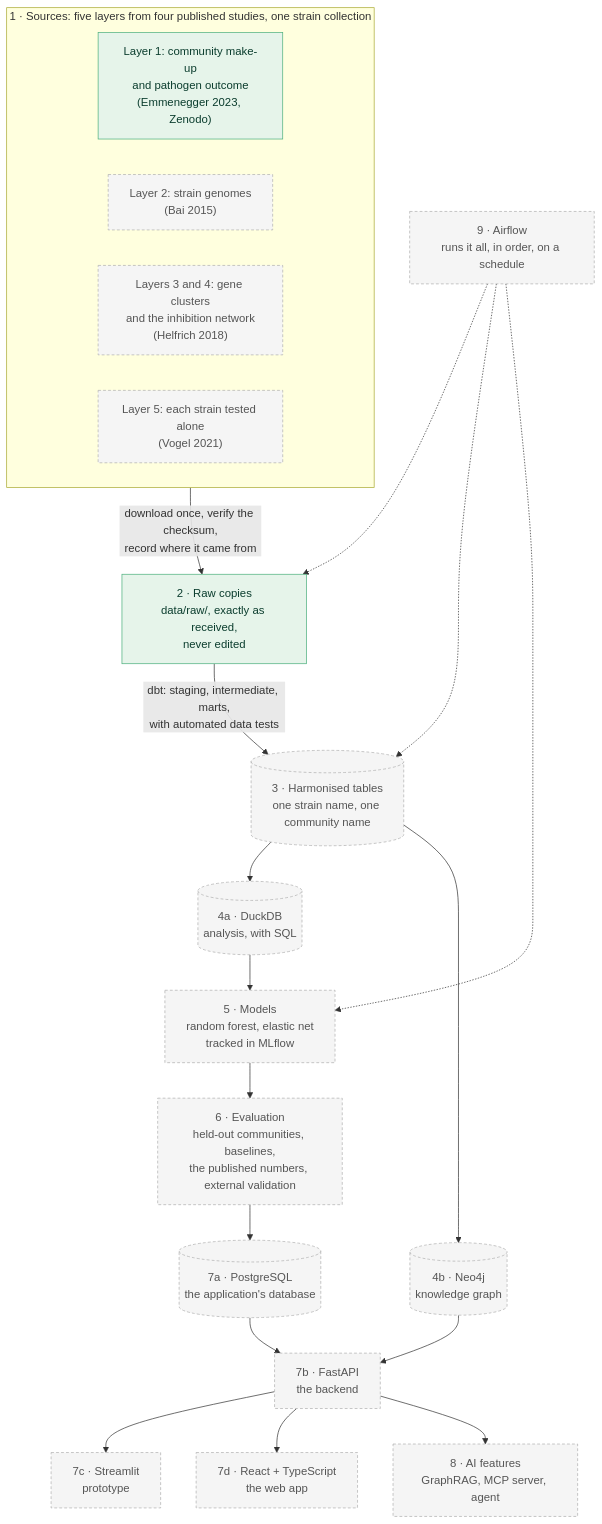
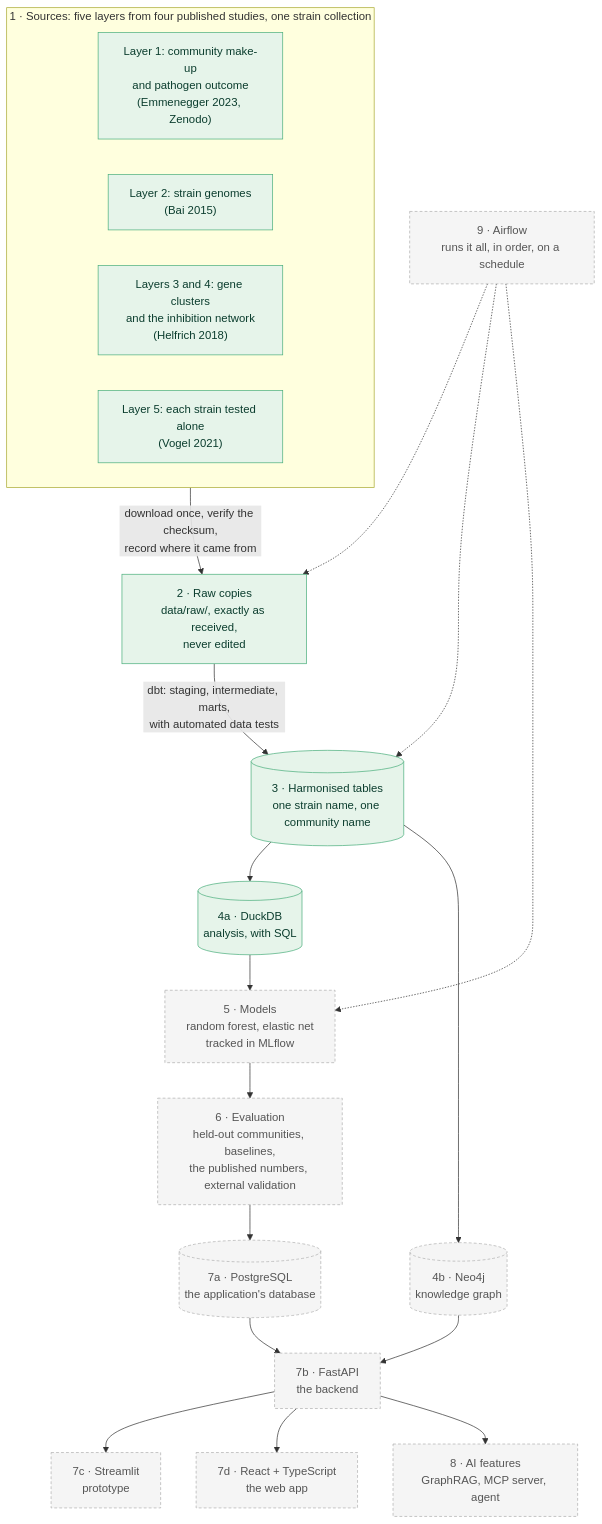
One commit to akannan2987/realsignal changed the diagram in docs/00-architecture.md. Above: the diagram before and after it, drawn with Mermaid. The commit also changed other lines of this file and 106 other files, not shown here.

````diff
--- a/docs/00-architecture.md
+++ b/docs/00-architecture.md
@@ -54,29 +54,29 @@
 ```mermaid
 flowchart TD
     subgraph S1["1 · Sources: five layers from four published studies, one strain collection"]
         A1["Layer 1: community make-up<br/>and pathogen outcome<br/>(Emmenegger 2023, Zenodo)"]
         A2["Layer 2: strain genomes<br/>(Bai 2015)"]
         A3["Layers 3 and 4: gene clusters<br/>and the inhibition network<br/>(Helfrich 2018)"]
         A4["Layer 5: each strain tested alone<br/>(Vogel 2021)"]
     end
     S1 -->|"download once, verify the checksum,<br/>record where it came from"| B["2 · Raw copies<br/>data/raw/, exactly as received,<br/>never edited"]
     B -->|"dbt: staging, intermediate, marts,<br/>with automated data tests"| C[("3 · Harmonised tables<br/>one strain name, one community name")]
     C --> D[("4a · DuckDB<br/>analysis, with SQL")]
     C --> E[("4b · Neo4j<br/>knowledge graph")]
     D --> F["5 · Models<br/>random forest, elastic net<br/>tracked in MLflow"]
     F --> G["6 · Evaluation<br/>held-out communities, baselines,<br/>the published numbers, external validation"]
     G --> H[("7a · PostgreSQL<br/>the application's database")]
     H --> I["7b · FastAPI<br/>the backend"]
     E --> I
     I --> J["7c · Streamlit<br/>prototype"]
     I --> K["7d · React + TypeScript<br/>the web app"]
     I --> L["8 · AI features<br/>GraphRAG, MCP server, agent"]
     M["9 · Airflow<br/>runs it all, in order, on a schedule"] -.-> B
     M -.-> C
     M -.-> F
 
     classDef built fill:#E6F4EA,stroke:#4CAF7D,color:#0B3D2E;
     classDef planned fill:#F5F5F5,stroke:#B0B0B0,color:#555555,stroke-dasharray:4 3;
-    class A1,B built
-    class A2,A3,A4,C,D,E,F,G,H,I,J,K,L,M planned
+    class A1,A2,A3,A4,B,C,D built
+    class E,F,G,H,I,J,K,L,M planned
 ```
````
